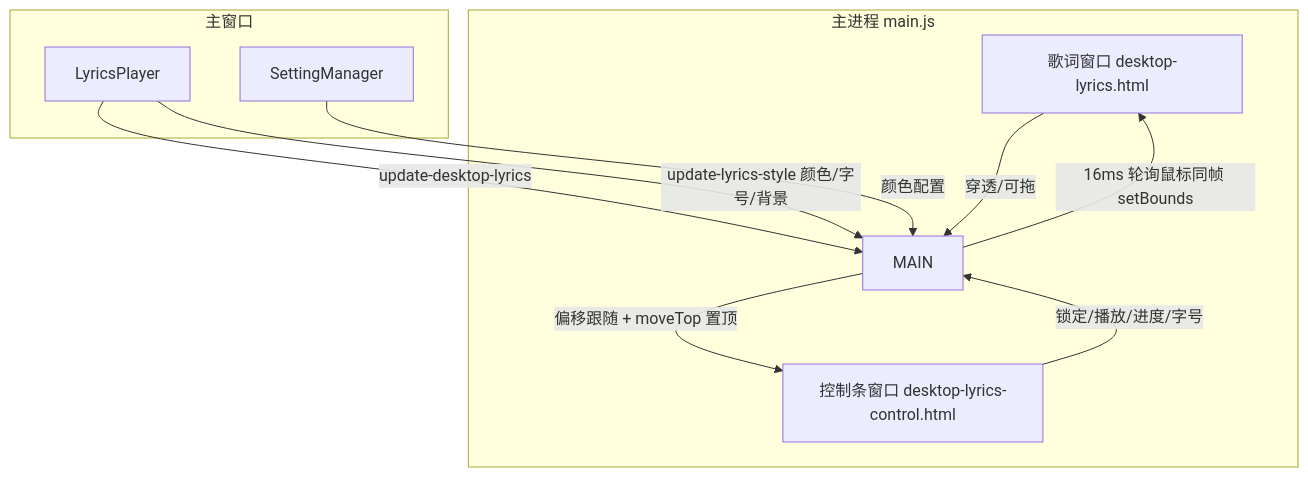
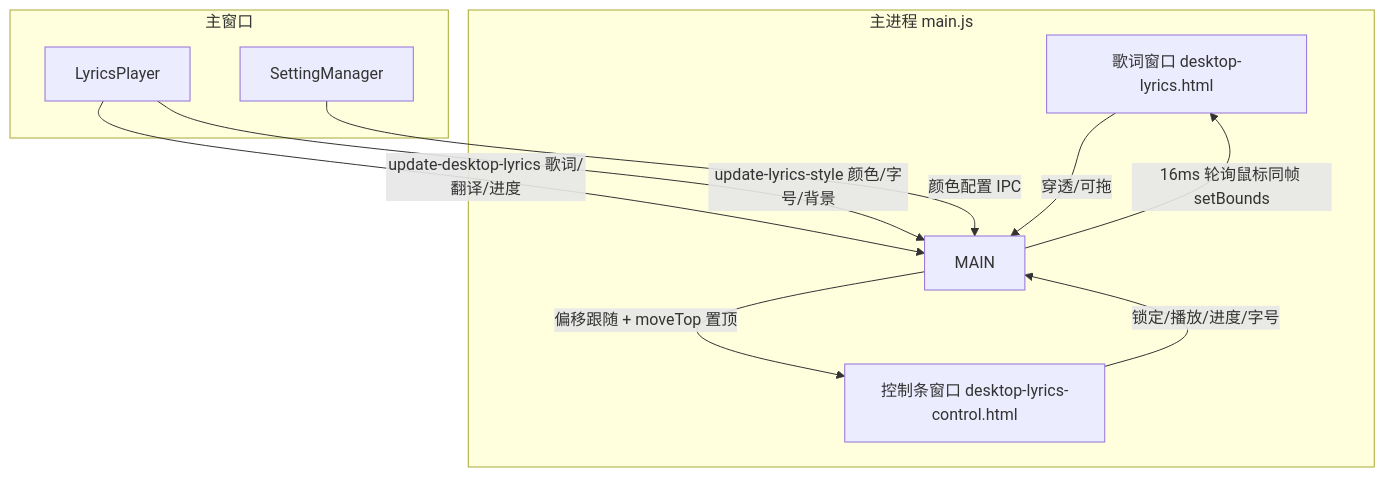
Before and after one commit to 233box/NB_Music: the first of 2 diagrams in README.md, drawn with Mermaid. The commit also changed other lines of this file, not shown here.

````diff
--- a/README.md
+++ b/README.md
@@ -134,14 +105,14 @@
 ```mermaid
 graph TD
     subgraph 主进程 main.js
         LYR[歌词窗口 desktop-lyrics.html] -->|穿透/可拖| MAIN
         CTRL[控制条窗口 desktop-lyrics-control.html] -->|锁定/播放/进度/字号| MAIN
         MAIN -->|16ms 轮询鼠标同帧 setBounds| LYR
         MAIN -->|偏移跟随 + moveTop 置顶| CTRL
     end
     subgraph 主窗口
-        LP[LyricsPlayer] -->|update-desktop-lyrics| MAIN
+        LP[LyricsPlayer] -->|update-desktop-lyrics 歌词/翻译/进度| MAIN
         LP -->|update-lyrics-style 颜色/字号/背景| MAIN
-        SM[SettingManager] -->|颜色配置| MAIN
+        SM[SettingManager] -->|颜色配置 IPC| MAIN
     end
 ```
````
